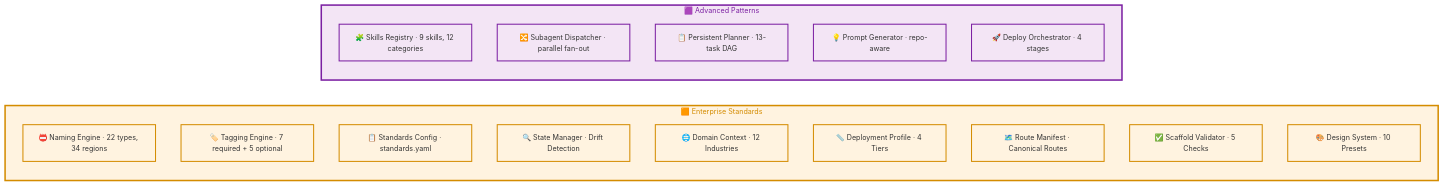
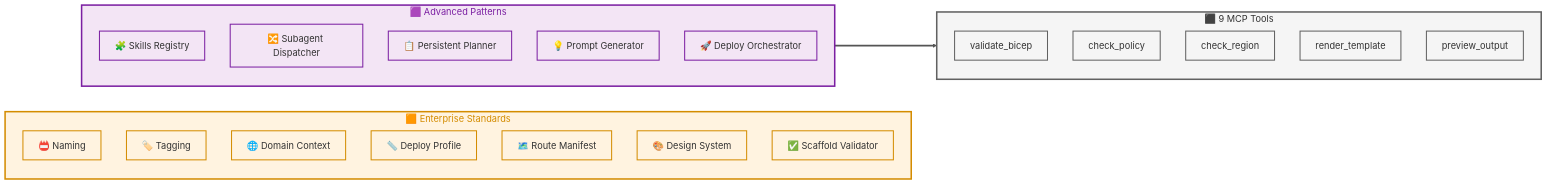
Before and after one commit to Oluseyi-Kofoworola/enterprise-devex-orchestrator: the third of 6 diagrams in docs/architecture.md, drawn with Mermaid. The commit also changed other lines of this file, not shown here.

Commit message:
docs: split Component Architecture into 3 readable 18px diagrams

````diff
--- a/docs/architecture.md
+++ b/docs/architecture.md
@@ -108,31 +103,38 @@
 ```mermaid
-%%{init: {'theme': 'base', 'themeVariables': {'primaryColor': '#0078D4', 'primaryTextColor': '#fff', 'primaryBorderColor': '#005A9E', 'lineColor': '#555', 'fontFamily': 'Segoe UI', 'fontSize': '14px'}}}%%
+%%{init: {'theme': 'base', 'themeVariables': {'primaryColor': '#0078D4', 'primaryTextColor': '#fff', 'primaryBorderColor': '#005A9E', 'lineColor': '#555', 'fontFamily': 'Segoe UI', 'fontSize': '18px'}}}%%
 flowchart LR
     subgraph STD["🟧 Enterprise Standards"]
-        direction TB
-        S1["📛 Naming Engine · 22 types, 34 regions"]:::std
-        S2["🏷️ Tagging Engine · 7 required + 5 optional"]:::std
-        S3["📋 Standards Config · standards.yaml"]:::std
-        S4["🔍 State Manager · Drift Detection"]:::std
-        S5["🌐 Domain Context · 12 Industries"]:::std
-        S6["📏 Deployment Profile · 4 Tiers"]:::std
-        S7["🗺️ Route Manifest · Canonical Routes"]:::std
-        S8["✅ Scaffold Validator · 5 Checks"]:::std
-        S9["🎨 Design System · 10 Presets"]:::std
+        S1["📛 Naming"]:::std
+        S2["🏷️ Tagging"]:::std
+        S3["🌐 Domain Context"]:::std
+        S4["📏 Deploy Profile"]:::std
+        S5["🗺️ Route Manifest"]:::std
+        S6["🎨 Design System"]:::std
+        S7["✅ Scaffold Validator"]:::std
     end
 
     subgraph ADV["🟪 Advanced Patterns"]
-        direction TB
-        A1["🧩 Skills Registry · 9 skills, 12 categories"]:::adv
-        A2["🔀 Subagent Dispatcher · parallel fan-out"]:::adv
-        A3["📋 Persistent Planner · 13-task DAG"]:::adv
-        A4["💡 Prompt Generator · repo-aware"]:::adv
-        A5["🚀 Deploy Orchestrator · 4 stages"]:::adv
+        A1["🧩 Skills Registry"]:::adv
+        A2["🔀 Subagent Dispatcher"]:::adv
+        A3["📋 Persistent Planner"]:::adv
+        A4["💡 Prompt Generator"]:::adv
+        A5["🚀 Deploy Orchestrator"]:::adv
     end
+
+    subgraph TOOLS["⬛ 9 MCP Tools"]
+        T1["validate_bicep"]:::tool
+        T2["check_policy"]:::tool
+        T3["check_region"]:::tool
+        T4["render_template"]:::tool
+        T5["preview_output"]:::tool
+    end
+
+    ADV ==> TOOLS
 
     classDef std fill:#FFF3E0,stroke:#D48C00,color:#333,stroke-width:2px
     classDef adv fill:#F3E5F5,stroke:#7B1FA2,color:#333,stroke-width:2px
-
+    classDef tool fill:#F5F5F5,stroke:#616161,color:#333,stroke-width:2px
     style STD fill:#FFF3E0,stroke:#D48C00,stroke-width:3px,color:#D48C00
     style ADV fill:#F3E5F5,stroke:#7B1FA2,stroke-width:3px,color:#7B1FA2
+    style TOOLS fill:#F5F5F5,stroke:#616161,stroke-width:3px,color:#333
 ```
````
